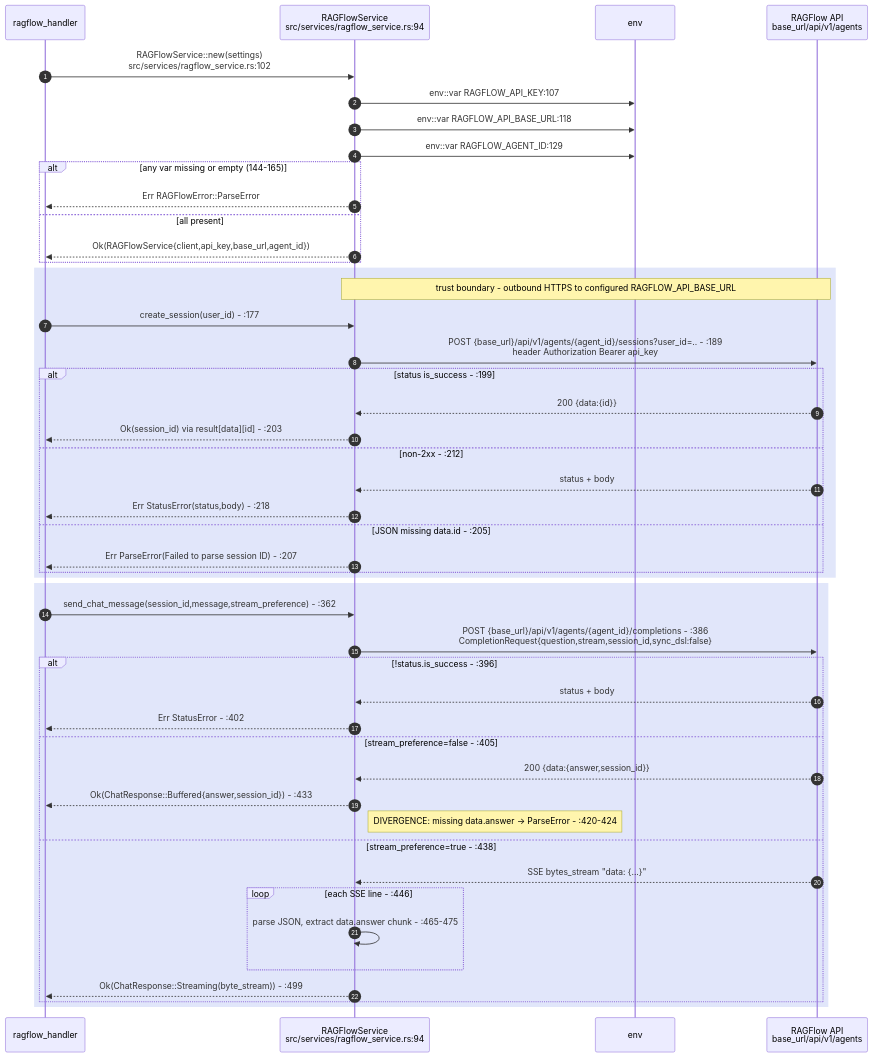
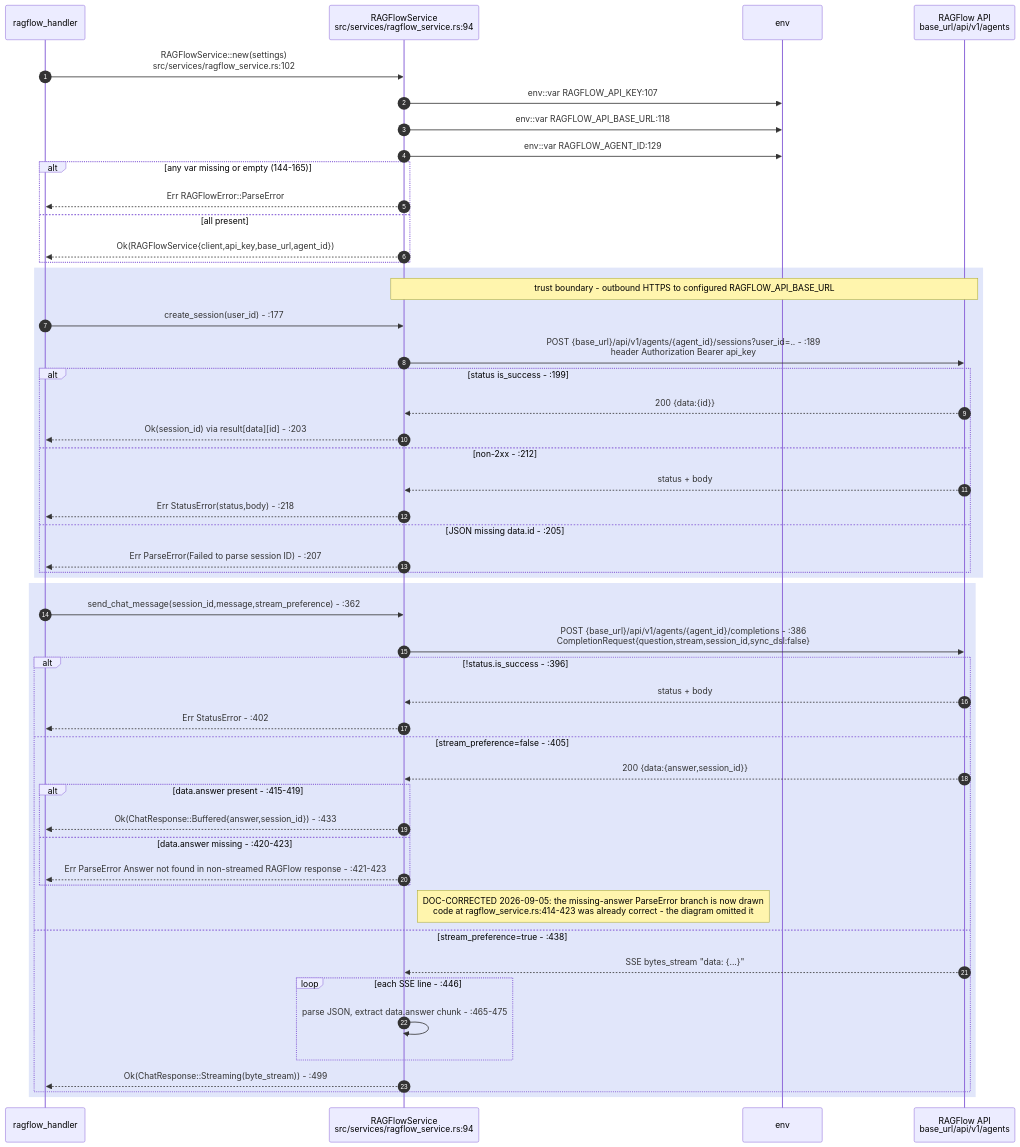
The first of 9 diagrams in docs/diagrams/visionclaw/28-external-services.md (DreamLab-AI/AR-AI-Knowledge-Graph), drawn with Mermaid before and after one commit. The commit also changed other lines of this file and 172 other files, not shown here.

````diff
--- a/docs/diagrams/visionclaw/28-external-services.md
+++ b/docs/diagrams/visionclaw/28-external-services.md
@@ -20,52 +24,56 @@
 ```mermaid
 sequenceDiagram
     autonumber
     participant H as ragflow_handler
     participant RS as RAGFlowService<br/>src/services/ragflow_service.rs:94
     participant ENV as env
     participant RF as RAGFlow API<br/>base_url/api/v1/agents
 
     H->>RS: RAGFlowService::new(settings)<br/>src/services/ragflow_service.rs:102
     RS->>ENV: env::var RAGFLOW_API_KEY:107
     RS->>ENV: env::var RAGFLOW_API_BASE_URL:118
     RS->>ENV: env::var RAGFLOW_AGENT_ID:129
     alt any var missing or empty (144-165)
         RS-->>H: Err RAGFlowError::ParseError
     else all present
         RS-->>H: Ok(RAGFlowService{client,api_key,base_url,agent_id})
     end
 
     rect rgb(225,230,250)
     Note over RS,RF: trust boundary - outbound HTTPS to configured RAGFLOW_API_BASE_URL
     H->>RS: create_session(user_id) - :177
     RS->>RF: POST {base_url}/api/v1/agents/{agent_id}/sessions?user_id=.. - :189<br/>header Authorization Bearer api_key
     alt status is_success - :199
         RF-->>RS: 200 {data:{id}}
         RS-->>H: Ok(session_id) via result[data][id] - :203
     else non-2xx - :212
         RF-->>RS: status + body
         RS-->>H: Err StatusError(status,body) - :218
     else JSON missing data.id - :205
         RS-->>H: Err ParseError(Failed to parse session ID) - :207
     end
     end
 
     rect rgb(225,230,250)
     H->>RS: send_chat_message(session_id,message,stream_preference) - :362
     RS->>RF: POST {base_url}/api/v1/agents/{agent_id}/completions - :386<br/>CompletionRequest{question,stream,session_id,sync_dsl:false}
     alt !status.is_success - :396
         RF-->>RS: status + body
         RS-->>H: Err StatusError - :402
     else stream_preference=false - :405
         RF-->>RS: 200 {data:{answer,session_id}}
-        RS-->>H: Ok(ChatResponse::Buffered{answer,session_id}) - :433
-        Note right of RS: DIVERGENCE: missing data.answer -> ParseError - :420-424
+        alt data.answer present - :415-419
+            RS-->>H: Ok(ChatResponse::Buffered{answer,session_id}) - :433
+        else data.answer missing - :420-423
+            RS-->>H: Err ParseError Answer not found in non-streamed RAGFlow response - :421-423
+        end
+        Note right of RS: DOC-CORRECTED 2026-09-05: the missing-answer ParseError branch is now drawn<br/>code at ragflow_service.rs:414-423 was already correct - the diagram omitted it
     else stream_preference=true - :438
         RF-->>RS: SSE bytes_stream "data: {...}"
         loop each SSE line - :446
             RS->>RS: parse JSON, extract data.answer chunk - :465-475
         end
         RS-->>H: Ok(ChatResponse::Streaming(byte_stream)) - :499
     end
     end
 ```
````
